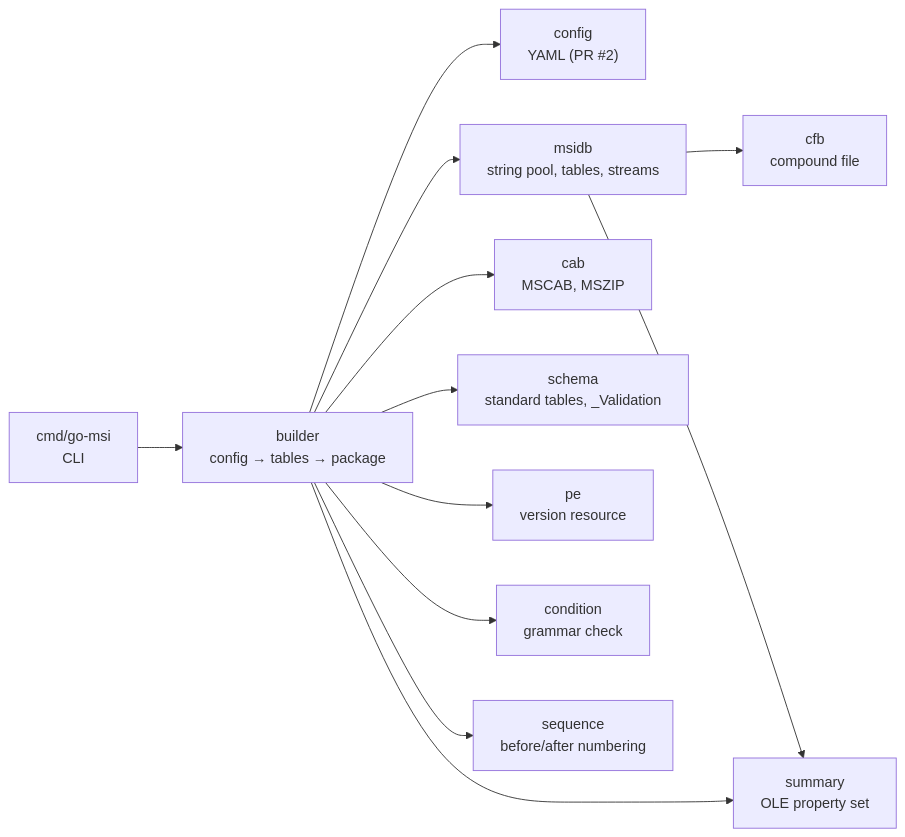
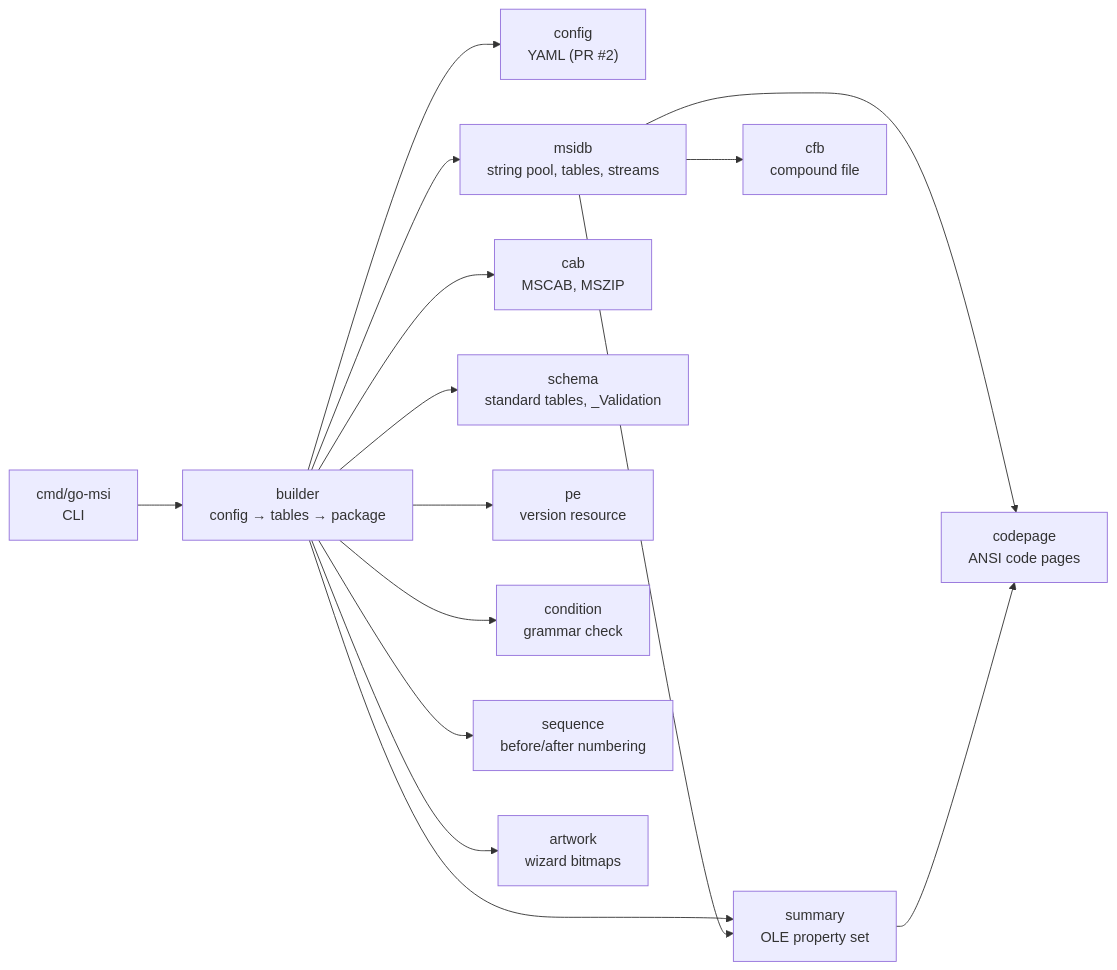
Before and after one commit to jkroepke/go-msi: the diagram in docs/design/architecture.md, drawn with Mermaid. The commit also changed other lines of this file, not shown here.

First line of the commit message:
docs: match the architecture overview to the new layout

````diff
--- a/docs/design/architecture.md
+++ b/docs/design/architecture.md
@@ -18,22 +21,26 @@
 ```mermaid
 flowchart LR
     cmd["cmd/go-msi<br/>CLI"] --> builder
     builder["builder<br/>config → tables → package"] --> config
     builder --> msidb
     builder --> cab
     builder --> schema
     builder --> pe
     builder --> condition
     builder --> sequence
     builder --> summary
+    builder --> artwork
     msidb["msidb<br/>string pool, tables, streams"] --> cfb
     msidb --> summary
-    summary["summary<br/>OLE property set"]
+    msidb --> codepage
+    summary["summary<br/>OLE property set"] --> codepage
+    codepage["codepage<br/>ANSI code pages"]
+    artwork["artwork<br/>wizard bitmaps"]
     cfb["cfb<br/>compound file"]
     cab["cab<br/>MSCAB, MSZIP"]
     schema["schema<br/>standard tables, _Validation"]
     pe["pe<br/>version resource"]
     condition["condition<br/>grammar check"]
     sequence["sequence<br/>before/after numbering"]
     config["config<br/>YAML (PR #2)"]
 ```
````
